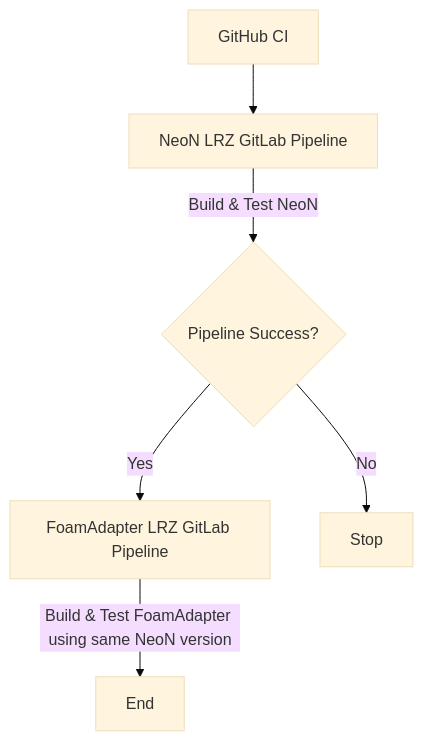
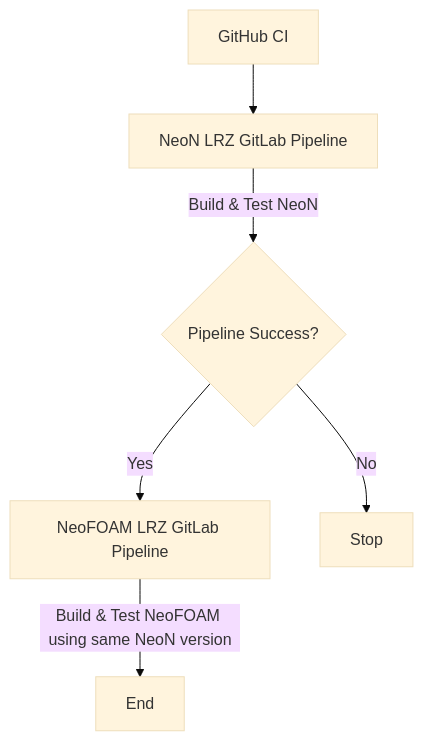
The diagram in doc/ci.rst (exasim-project/NeoN), drawn with Mermaid (base theme) before and after one commit. The commit also changed other lines of this file and 7 other files, not shown here.

```diff
--- a/doc/ci.rst
+++ b/doc/ci.rst
@@ -73,8 +73,8 @@
 .. mermaid::
 
    flowchart TD
        A[GitHub CI] --> B[NeoN LRZ GitLab Pipeline]
        B -->|Build & Test NeoN| C{Pipeline Success?}
-       C -->|Yes| D[FoamAdapter LRZ GitLab Pipeline]
-       D -->|Build & Test FoamAdapter using same NeoN version| E[End]
+       C -->|Yes| D[NeoFOAM LRZ GitLab Pipeline]
+       D -->|Build & Test NeoFOAM using same NeoN version| E[End]
        C -->|No| F[Stop]
```
